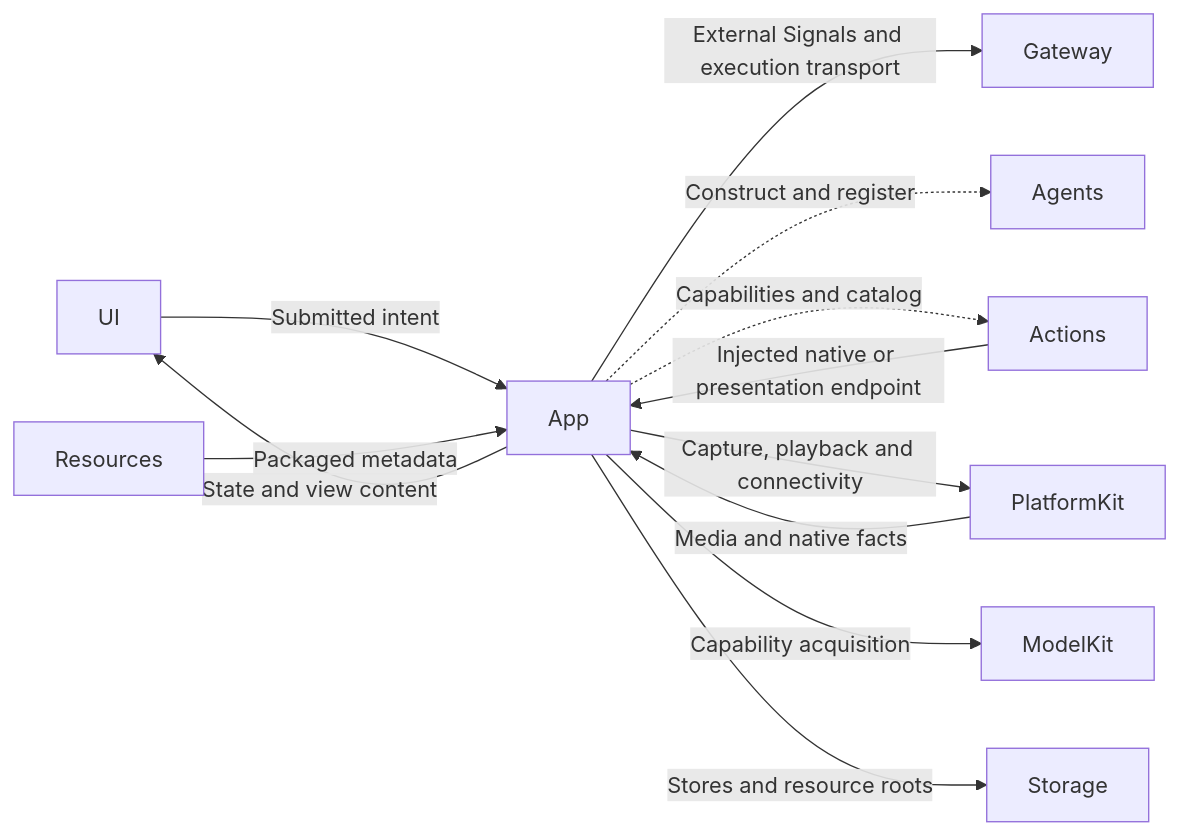
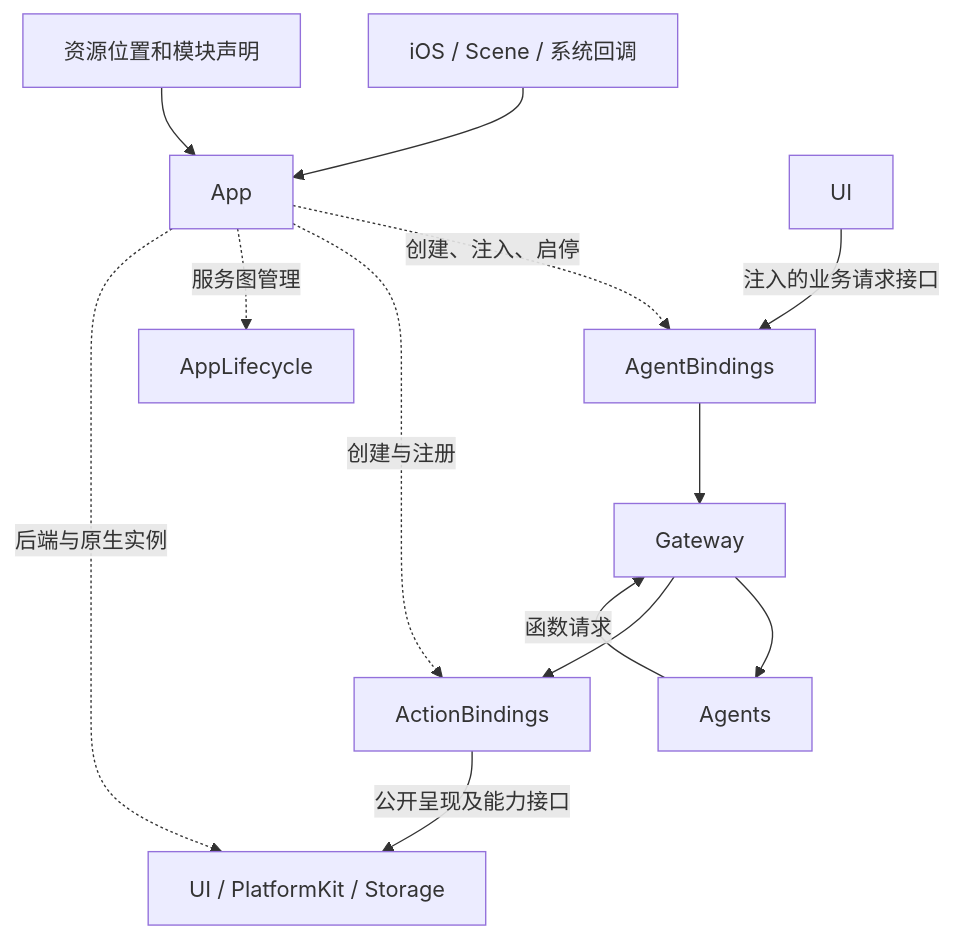
The first of 2 diagrams in MobileHarness/App/README.md (devilyouwei/MobileHarness), drawn with Mermaid before and after one commit. The commit also changed other lines of this file and 254 other files, not shown here.

First line of the commit message:
refactor: isolate app composition and module bindings

````diff
--- a/MobileHarness/App/README.md
+++ b/MobileHarness/App/README.md
@@ -15,14 +9,15 @@
 ```mermaid
-flowchart LR
- UI -->|Submitted intent| App
- PlatformKit -->|Media and native facts| App
- App -->|External Signals and execution transport| Gateway
- App -.->|Construct and register| Agents
- App -.->|Capabilities and catalog| Actions
- Actions -->|Injected native or presentation endpoint| App
- App -->|State and view content| UI
- App -->|Capture, playback and connectivity| PlatformKit
- App -->|Capability acquisition| ModelKit
- App -->|Stores and resource roots| Storage
- Resources -->|Packaged metadata| App
+flowchart TB
+ OS[iOS / Scene / 系统回调] --> App
+ Configuration[资源位置和模块声明] --> App
+ App -.->|创建、注入、启停| AgentBindings
+ App -.->|创建与注册| ActionBindings
+ App -.->|服务图管理| AppLifecycle
+ App -.->|后端与原生实例| Foundations[UI / PlatformKit / Storage]
+ UI -->|注入的业务请求接口| AgentBindings
+ AgentBindings --> Gateway
+ Gateway --> Agents
+ Agents -->|函数请求| Gateway
+ Gateway --> ActionBindings
+ ActionBindings -->|公开呈现及能力接口| Foundations
 ```
````
